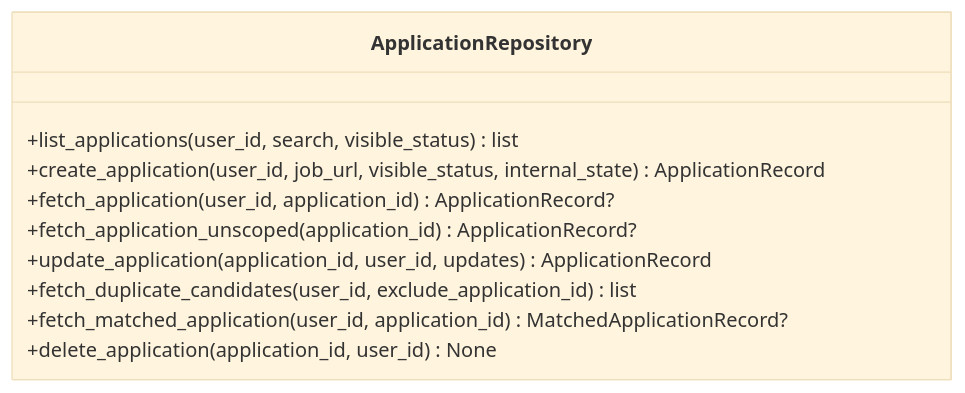
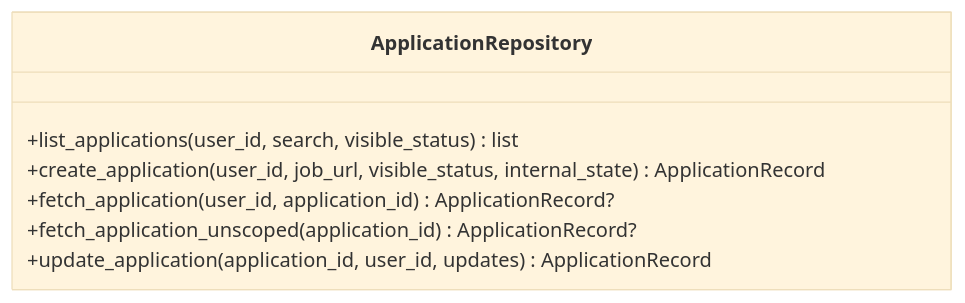
One commit to sankaL/resume-app changed the fourth of 8 diagrams in .qoder/repowiki/en/content/Backend API/Service Layer/Application Manager Service.md. Above: the diagram before and after it, drawn with Mermaid (base theme). The commit also changed other lines of this file and 7 other files, not shown here.

````diff
--- a/.qoder/repowiki/en/content/Backend API/Service Layer/Application Manager Service.md
+++ b/.qoder/repowiki/en/content/Backend API/Service Layer/Application Manager Service.md
@@ -455,13 +212,10 @@
 ```mermaid
 classDiagram
 class ApplicationRepository {
 +list_applications(user_id, search, visible_status) list
 +create_application(user_id, job_url, visible_status, internal_state) ApplicationRecord
 +fetch_application(user_id, application_id) ApplicationRecord?
 +fetch_application_unscoped(application_id) ApplicationRecord?
 +update_application(application_id, user_id, updates) ApplicationRecord
-+fetch_duplicate_candidates(user_id, exclude_application_id) list
-+fetch_matched_application(user_id, application_id) MatchedApplicationRecord?
-+delete_application(application_id, user_id) None
 }
 ```
````
